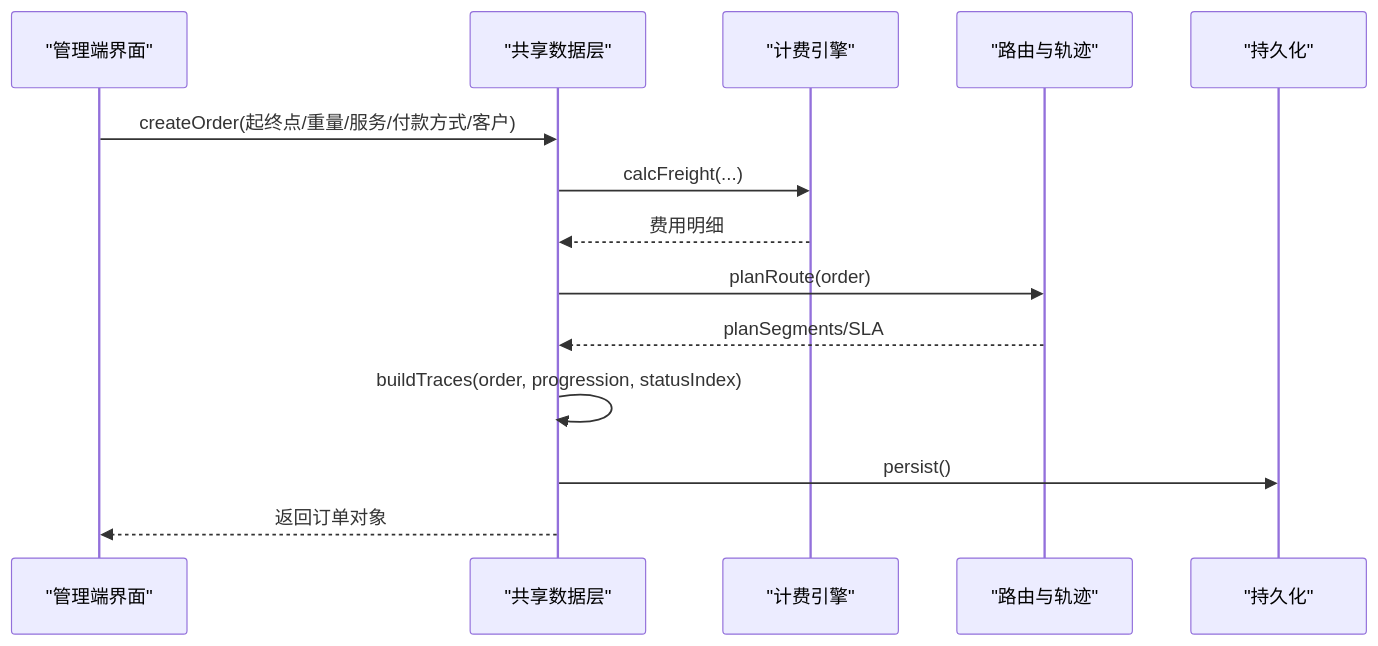
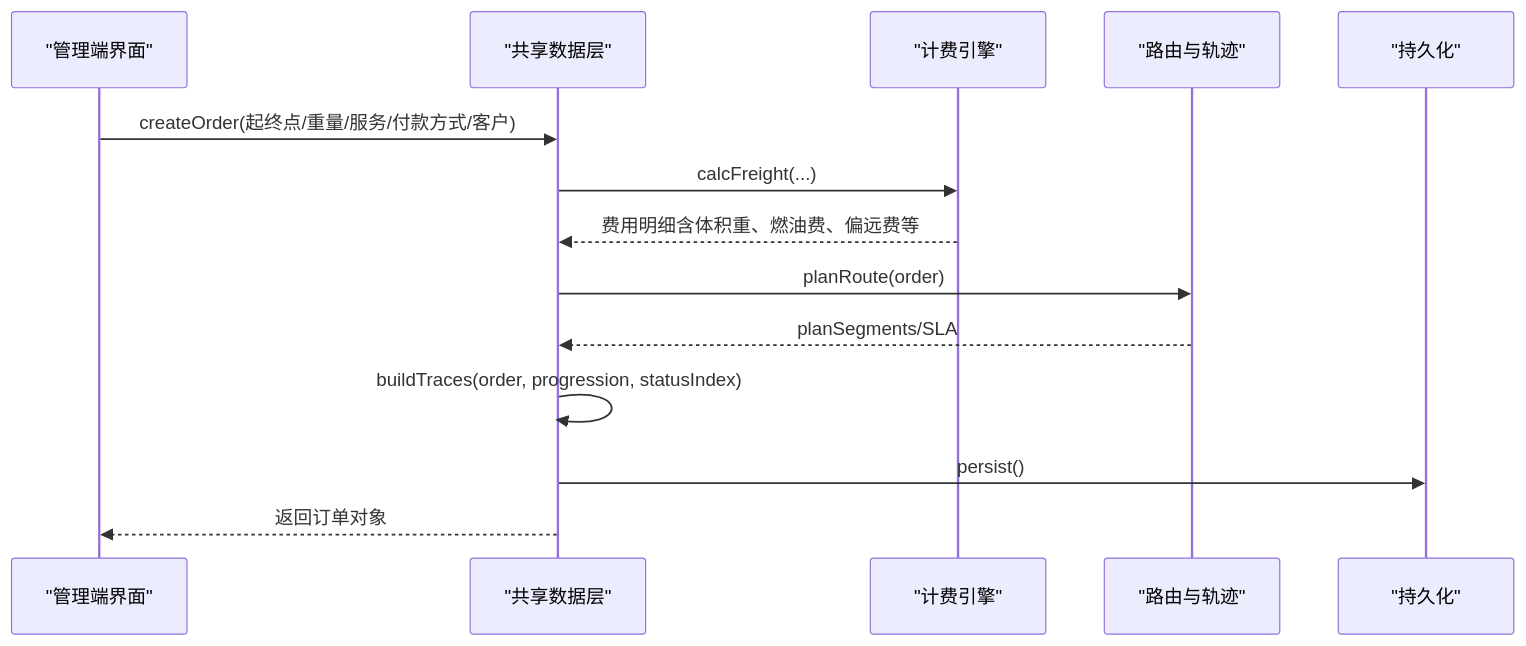
Before and after one commit to PengLine/blog-tms: the fifth of 11 diagrams in .qoder/repowiki/zh/content/系统管理模块/运营管理/订单管理.md, drawn with Mermaid. The commit also changed other lines of this file and 101 other files, not shown here.

````diff
--- a/.qoder/repowiki/zh/content/系统管理模块/运营管理/订单管理.md
+++ b/.qoder/repowiki/zh/content/系统管理模块/运营管理/订单管理.md
@@ -312,16 +350,16 @@
 ```mermaid
 sequenceDiagram
 participant UI as "管理端界面"
 participant Store as "共享数据层"
 participant Rate as "计费引擎"
 participant Route as "路由与轨迹"
 participant DB as "持久化"
 UI->>Store : createOrder(起终点/重量/服务/付款方式/客户)
 Store->>Rate : calcFreight(...)
-Rate-->>Store : 费用明细
+Rate-->>Store : 费用明细含体积重、燃油费、偏远费等
 Store->>Route : planRoute(order)
 Route-->>Store : planSegments/SLA
 Store->>Store : buildTraces(order, progression, statusIndex)
 Store->>DB : persist()
 Store-->>UI : 返回订单对象
 ```
````
